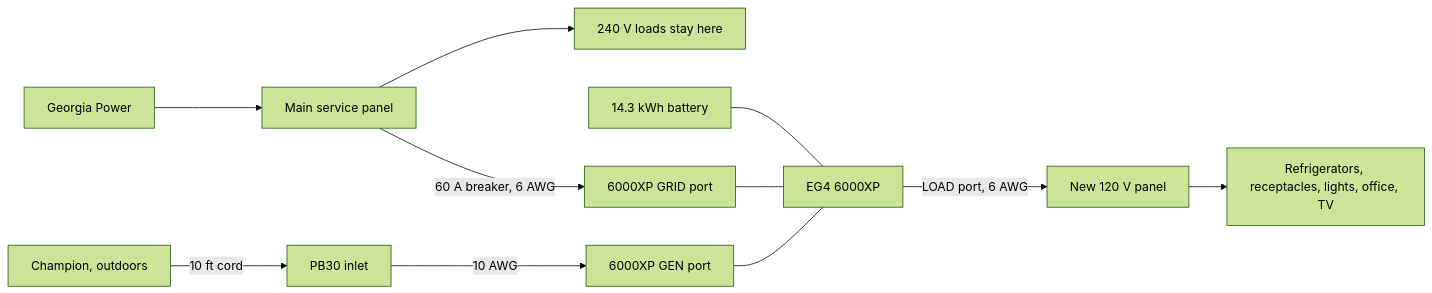
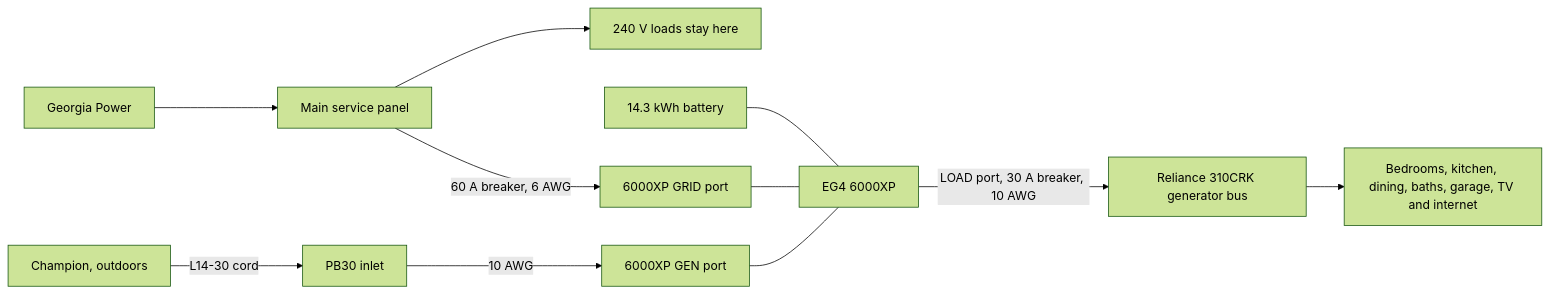
One commit to buryd/Generator-to-Battery-Backup changed the diagram in SCHEMATIC.md. Above: the diagram before and after it, drawn with Mermaid (forest theme). The commit also changed other lines of this file and 1 other file, not shown here.

Commit message:
Revise the backup so the inverter feeds the Reliance and the ten circuits stay up with or without utility.

````diff
--- a/SCHEMATIC.md
+++ b/SCHEMATIC.md
@@ -5,13 +5,13 @@
 ```mermaid
 flowchart LR
   GP[Georgia Power] --> MP[Main service panel]
   MP --> V240[240 V loads stay here]
   MP -->|"60 A breaker, 6 AWG"| GRID[6000XP GRID port]
-  CH[Champion, outdoors] -->|10 ft cord| INLET[PB30 inlet]
+  CH[Champion, outdoors] -->|L14-30 cord| INLET[PB30 inlet]
   INLET -->|"10 AWG"| GEN[6000XP GEN port]
   BAT[14.3 kWh battery] --- INV[EG4 6000XP]
   GRID --- INV
   GEN --- INV
-  INV -->|"LOAD port, 6 AWG"| PANEL[New 120 V panel]
-  PANEL --> LOADS[Refrigerators, receptacles, lights, office, TV]
+  INV -->|"LOAD port, 30 A breaker, 10 AWG"| REL[Reliance 310CRK generator bus]
+  REL --> LOADS[Bedrooms, kitchen, dining, baths, garage, TV and internet]
 ```
````
